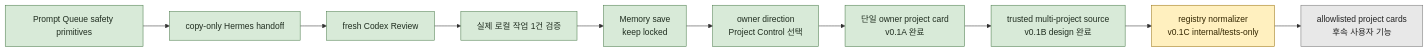
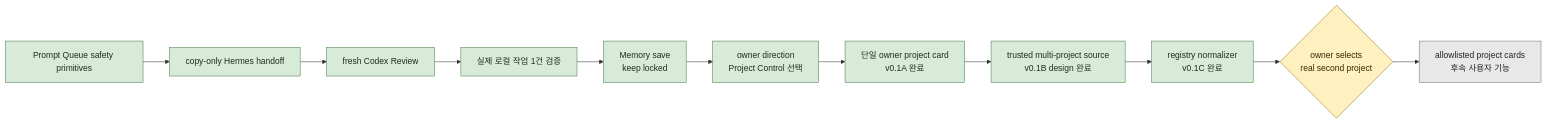
The second of 2 diagrams in docs/master-plan.md (1412moo/jarvis-core), drawn with Mermaid before and after one commit. The commit also changed other lines of this file and 3 other files, not shown here.

````diff
--- a/docs/master-plan.md
+++ b/docs/master-plan.md
@@ -150,19 +151,20 @@
 ```mermaid
 flowchart LR
     A["Prompt Queue safety primitives"] --> B["copy-only Hermes handoff"]
     B --> C["fresh Codex Review"]
     C --> D["실제 로컬 작업 1건 검증"]
     D --> E["Memory save<br/>keep locked"]
     E --> F["owner direction<br/>Project Control 선택"]
     F --> G["단일 owner project card<br/>v0.1A 완료"]
     G --> H["trusted multi-project source<br/>v0.1B design 완료"]
-    H --> I["registry normalizer<br/>v0.1C internal/tests-only"]
-    I --> J["allowlisted project cards<br/>후속 사용자 기능"]
+    H --> I["registry normalizer<br/>v0.1C 완료"]
+    I --> J{"owner selects<br/>real second project"}
+    J --> K["allowlisted project cards<br/>후속 사용자 기능"]
 
     classDef done fill:#d8ead8,stroke:#4d7d4d,color:#1f2d1f;
     classDef current fill:#fff0bf,stroke:#9b7412,color:#332600;
     classDef future fill:#e8e8e8,stroke:#777,color:#222;
-    class A,B,C,D,E,F,G,H done;
-    class I current;
-    class J future;
+    class A,B,C,D,E,F,G,H,I done;
+    class J current;
+    class K future;
 ```
````
